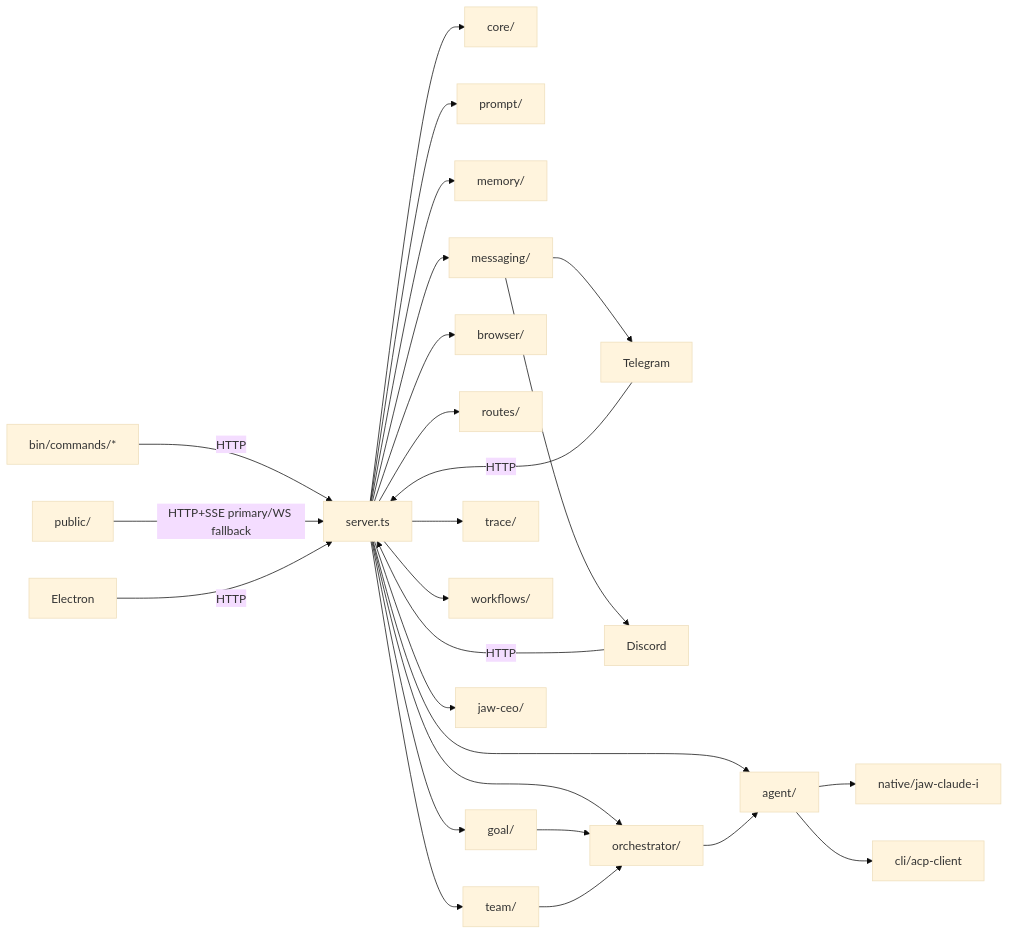
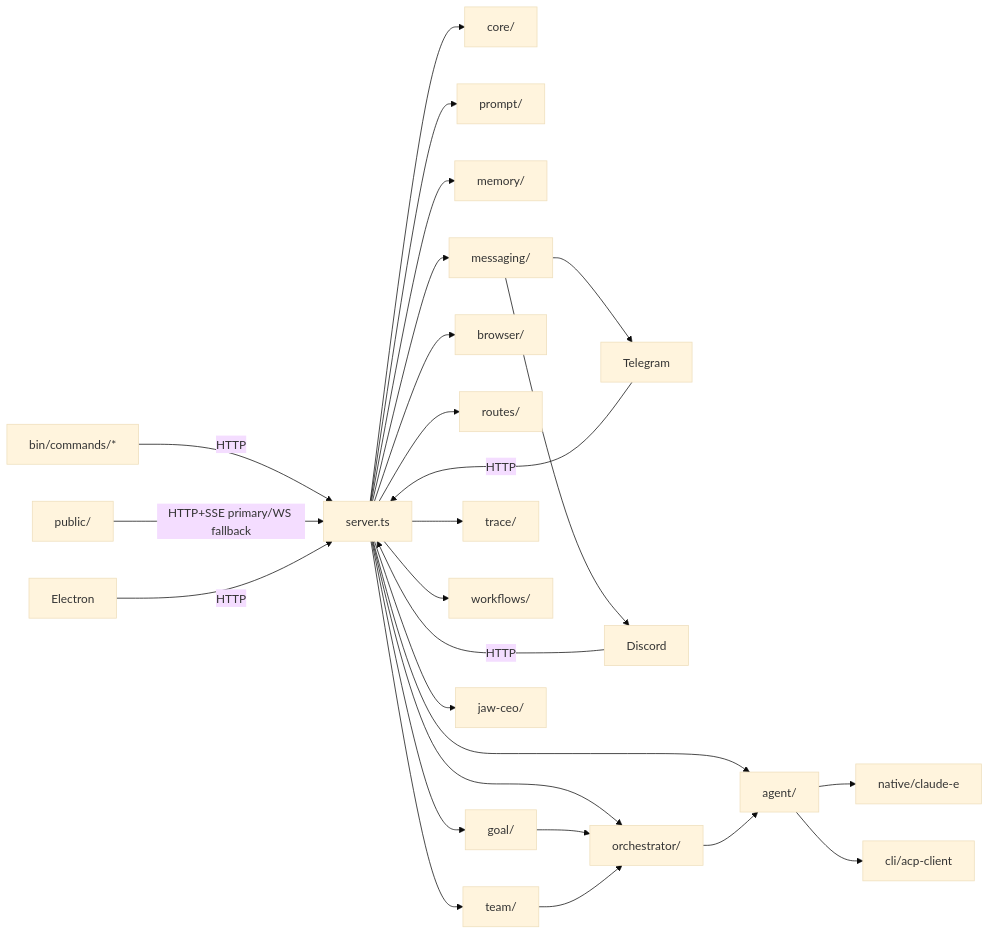
The diagram in structure/str_func.md (bitkyc08-arch/cli-jaw), drawn with Mermaid (base theme) before and after one commit. The commit also changed other lines of this file and 9 other files, not shown here.

Commit message:
fix(claude-e): make native helper path canonical

````diff
--- a/structure/str_func.md
+++ b/structure/str_func.md
@@ -435,14 +435,14 @@
 ```mermaid
 graph LR
     CLI["bin/commands/*"] -->|HTTP| SRV["server.ts"]
     WEB["public/"] -->|HTTP+SSE primary/WS fallback| SRV
     TG["Telegram"] & DC["Discord"] & ELEC["Electron"] -->|HTTP| SRV
     SRV --> CORE["core/"] & AGT["agent/"] & ORC["orchestrator/"] & PRM["prompt/"]
     SRV --> MEM["memory/"] & MSG["messaging/"] & BR["browser/"] & RT["routes/"]
     SRV --> GOAL["goal/"] & TRACE["trace/"] & WF["workflows/"] & TEAM["team/"] & CEO["jaw-ceo/"]
-    AGT --> NATIVE["native/jaw-claude-i"] & ACP["cli/acp-client"]
+    AGT --> NATIVE["native/claude-e"] & ACP["cli/acp-client"]
     ORC --> AGT
     GOAL --> ORC
     TEAM --> ORC
     MSG --> TG & DC
 ```
````
